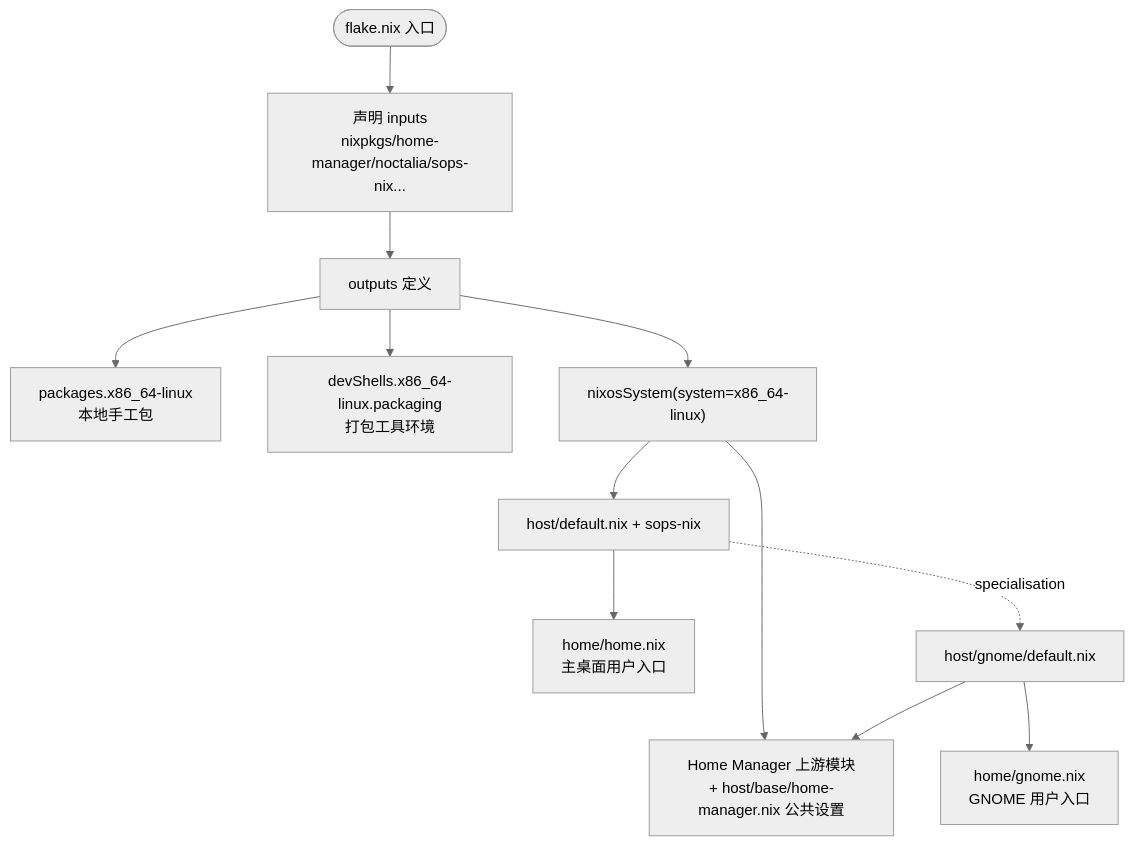
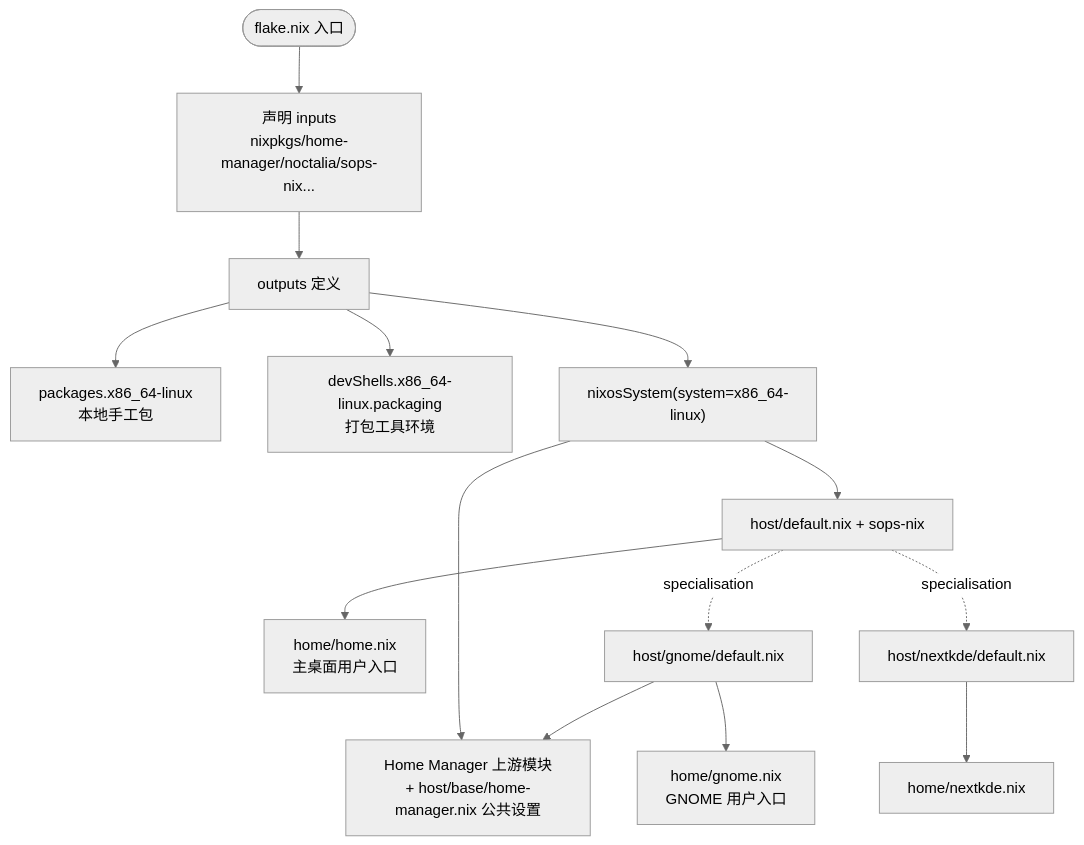
One commit to Shangshui0302/myNixOSConfig changed the first of 3 diagrams in wiki/architecture/flake.md. Above: the diagram before and after it, drawn with Mermaid (neutral theme). The commit also changed other lines of this file and 39 other files, not shown here.

Commit message:
feat(desktop): add NextKDE specialisation and simplify theme ownership

````diff
--- a/wiki/architecture/flake.md
+++ b/wiki/architecture/flake.md
@@ -54,14 +55,16 @@
 ```mermaid
 flowchart TD
 Start(["flake.nix 入口"]) --> Inputs["声明 inputs<br/>nixpkgs/home-manager/noctalia/sops-nix..."]
 Inputs --> Outputs["outputs 定义"]
 Outputs --> Packages["packages.x86_64-linux<br/>本地手工包"]
 Outputs --> DevShell["devShells.x86_64-linux.packaging<br/>打包工具环境"]
 Outputs --> NixOS["nixosSystem(system=x86_64-linux)"]
 NixOS --> Host["host/default.nix + sops-nix"]
 NixOS --> Shared["Home Manager 上游模块<br/>+ host/base/home-manager.nix 公共设置"]
 Host --> MainHome["home/home.nix<br/>主桌面用户入口"]
 Host -. specialisation .-> Gnome["host/gnome/default.nix"]
+Host -. specialisation .-> NextKDE["host/nextkde/default.nix"]
+NextKDE --> NextHome["home/nextkde.nix"]
 Gnome --> Shared
 Gnome --> GnomeHome["home/gnome.nix<br/>GNOME 用户入口"]
 ```
````
